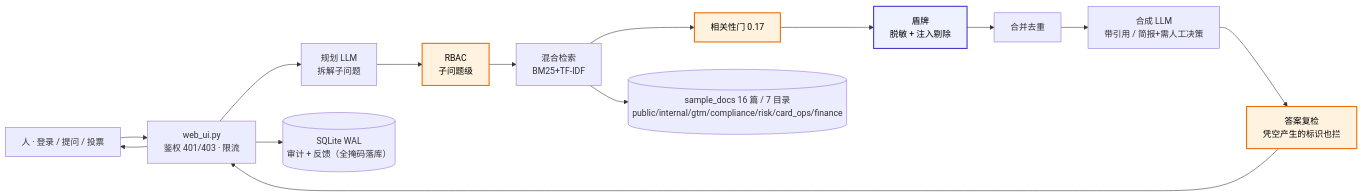
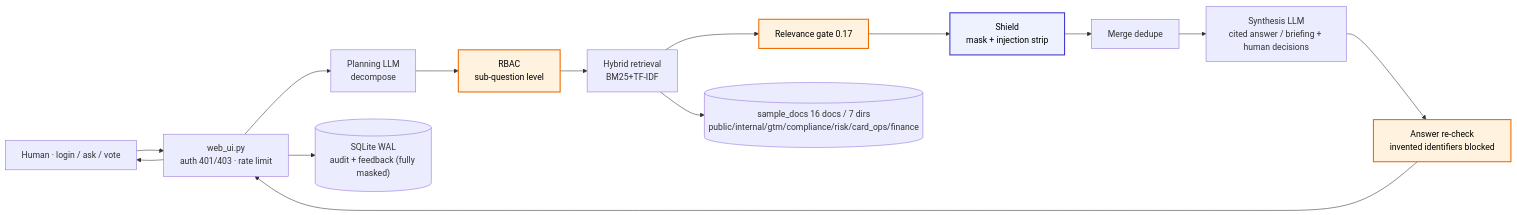
Before and after one commit to summersalt827/meridian-pay-kb: the diagram in README.md, drawn with Mermaid. The commit also changed other lines of this file and 1 other file, not shown here.

````diff
--- a/README.md
+++ b/README.md
@@ -94,12 +71,12 @@
 ```mermaid
 flowchart LR
-  H["人 · 登录 / 提问 / 投票"] --> API["web_ui.py<br/>鉴权 401/403 · 限流"]
-  API --> PLAN["规划 LLM<br/>拆解子问题"] --> RBAC["RBAC<br/>子问题级"] --> RET["混合检索<br/>BM25+TF-IDF"] --> GATE["相关性门 0.17"] --> SHIELD["盾牌<br/>脱敏 + 注入剔除"] --> MERGE["合并去重"] --> SYNTH["合成 LLM<br/>带引用 / 简报+需人工决策"] --> RECHK["答案复检<br/>凭空产生的标识也拦"] --> API --> H
-  RET --> DOCS[("sample_docs 16 篇 / 7 目录<br/>public/internal/gtm/compliance/risk/card_ops/finance")]
-  API --> DB[("SQLite WAL<br/>审计 + 反馈（全掩码落库）")]
+  H["Human · login / ask / vote"] --> API["web_ui.py<br/>auth 401/403 · rate limit"]
+  API --> PLAN["Planning LLM<br/>decompose"] --> RBAC["RBAC<br/>sub-question level"] --> RET["Hybrid retrieval<br/>BM25+TF-IDF"] --> GATE["Relevance gate 0.17"] --> SHIELD["Shield<br/>mask + injection strip"] --> MERGE["Merge dedupe"] --> SYNTH["Synthesis LLM<br/>cited answer / briefing + human decisions"] --> RECHK["Answer re-check<br/>invented identifiers blocked"] --> API --> H
+  RET --> DOCS[("sample_docs 16 docs / 7 dirs<br/>public/internal/gtm/compliance/risk/card_ops/finance")]
+  API --> DB[("SQLite WAL<br/>audit + feedback (fully masked)")]
 
   classDef gate fill:#fff3e0,stroke:#ef6c00,stroke-width:2px,color:#000
   classDef shield fill:#eef2ff,stroke:#4338ca,stroke-width:2px,color:#000
   class RBAC,GATE,RECHK gate
   class SHIELD shield
 ```
````
